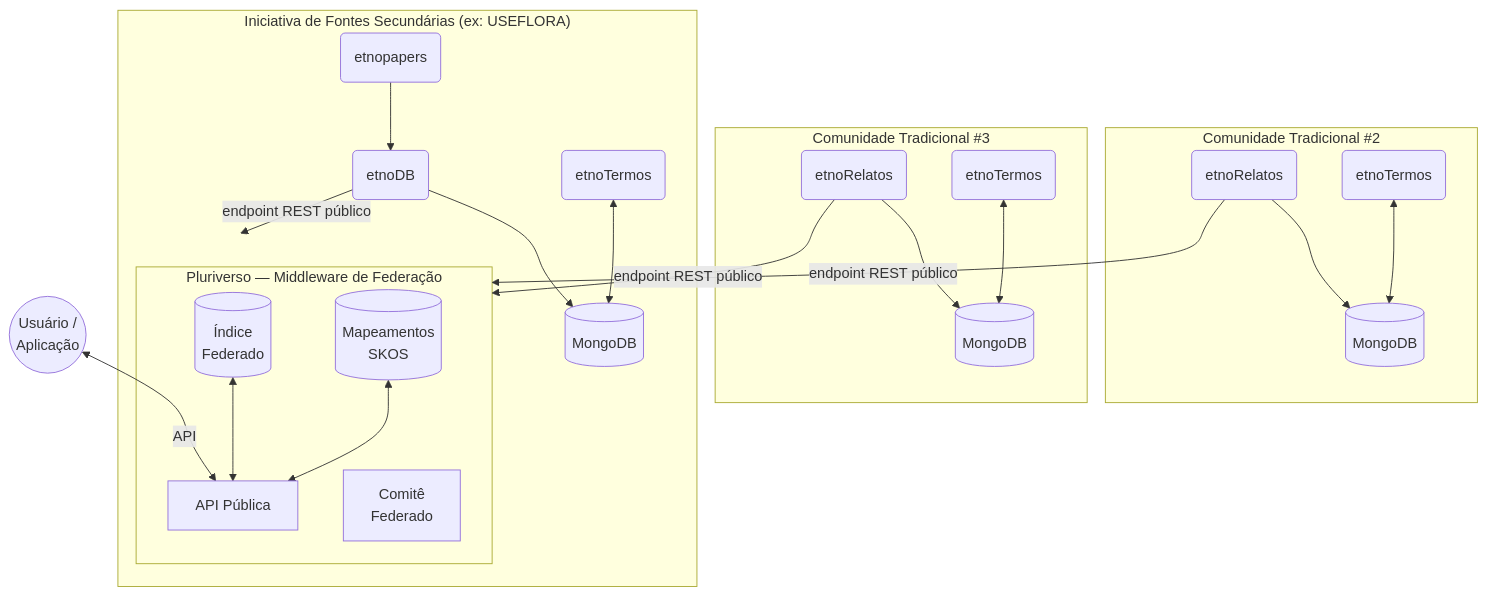
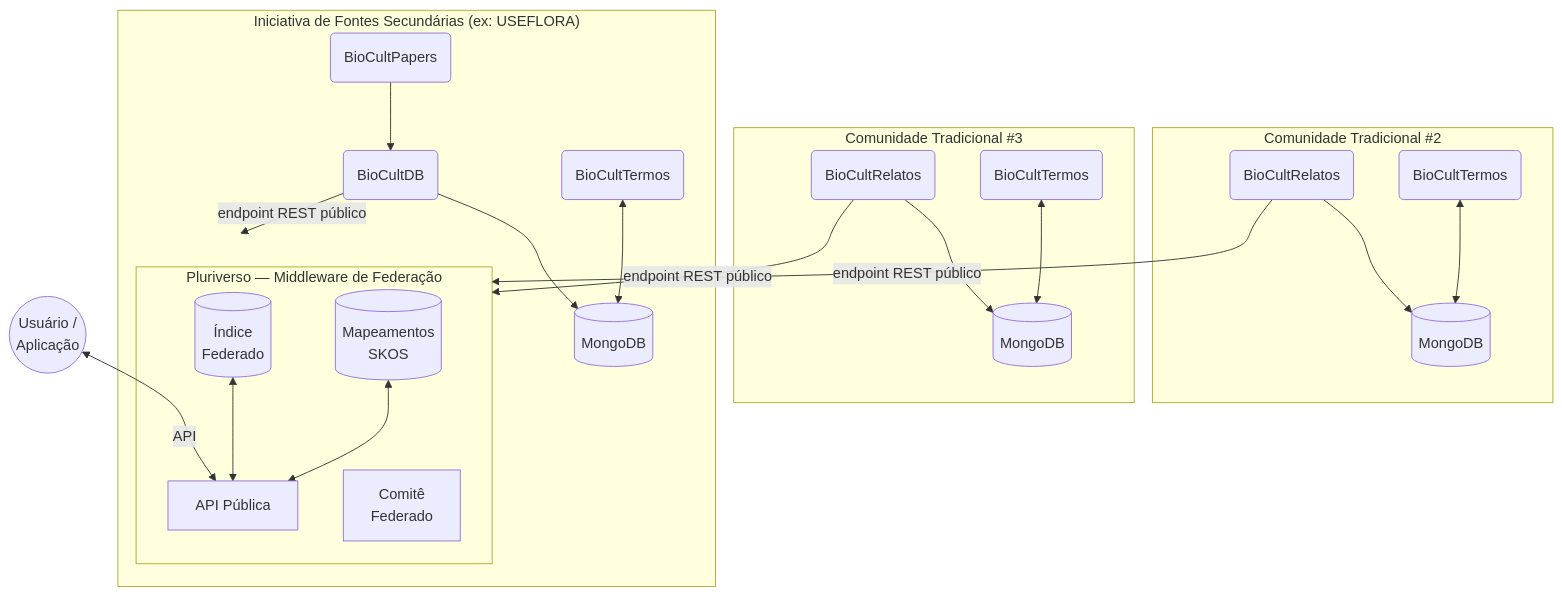
One commit to edalcin/Arquitetura-BioCultural changed the diagram in docs/architecture-decisions/ADR-004-federated-architecture.md. Above: the diagram before and after it, drawn with Mermaid. The commit also changed other lines of this file and 12 other files, not shown here.

Commit message:
docs: atualizar referencias de etnoDB/etnopapers/etnoRelatos/etnotermos/etnoArquitetura para os novos nomes de marca (BioCultDB, BioCultPapers, BioCultRelatos, BioCultTermos, Arquitetura BioCultural)

````diff
--- a/docs/architecture-decisions/ADR-004-federated-architecture.md
+++ b/docs/architecture-decisions/ADR-004-federated-architecture.md
@@ -89,32 +89,32 @@
 ```mermaid
 graph TD
     subgraph I1["Iniciativa de Fontes Secundárias (ex: USEFLORA)"]
-        I1A(etnoDB) --> I1M[(MongoDB)]
-        I1B(etnopapers) --> I1A
-        I1C(etnoTermos) <--> I1M
+        I1A(BioCultDB) --> I1M[(MongoDB)]
+        I1B(BioCultPapers) --> I1A
+        I1C(BioCultTermos) <--> I1M
         I1A -->|endpoint REST público| PL
     end
 
     subgraph C2["Comunidade Tradicional #2"]
-        C2A(etnoRelatos) --> C2M[(MongoDB)]
-        C2B(etnoTermos) <--> C2M
+        C2A(BioCultRelatos) --> C2M[(MongoDB)]
+        C2B(BioCultTermos) <--> C2M
         C2A -->|endpoint REST público| PL
     end
 
     subgraph C3["Comunidade Tradicional #3"]
-        C3A(etnoRelatos) --> C3M[(MongoDB)]
-        C3B(etnoTermos) <--> C3M
+        C3A(BioCultRelatos) --> C3M[(MongoDB)]
+        C3B(BioCultTermos) <--> C3M
         C3A -->|endpoint REST público| PL
     end
 
     subgraph PL["Pluriverso — Middleware de Federação"]
         PL_IDX[(Índice\nFederado)]
         PL_MAP[(Mapeamentos\nSKOS)]
         PL_API[API Pública]
         PL_GOV[Comitê\nFederado]
     end
 
     U((Usuário /\nAplicação)) <-->|API| PL_API
     PL_IDX <--> PL_API
     PL_MAP <--> PL_API
 ```
````
